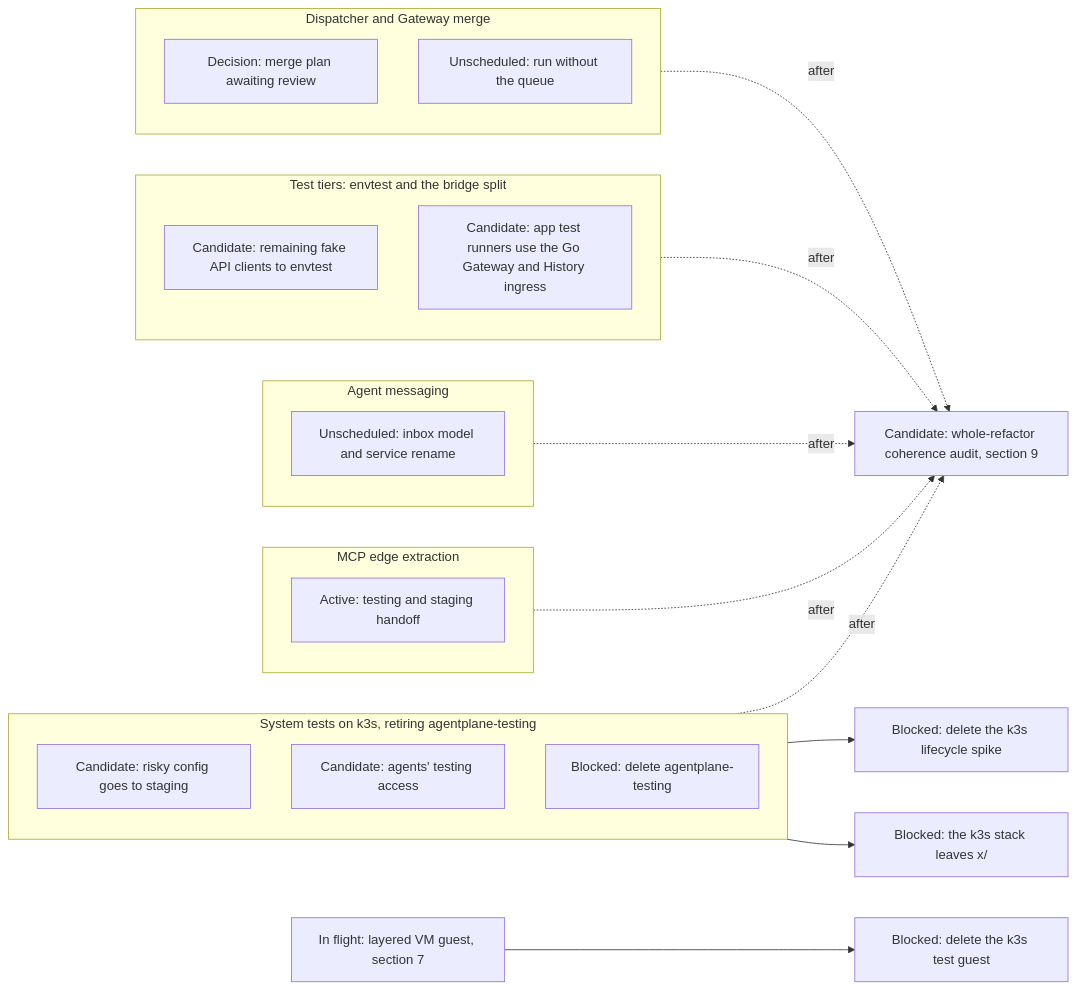
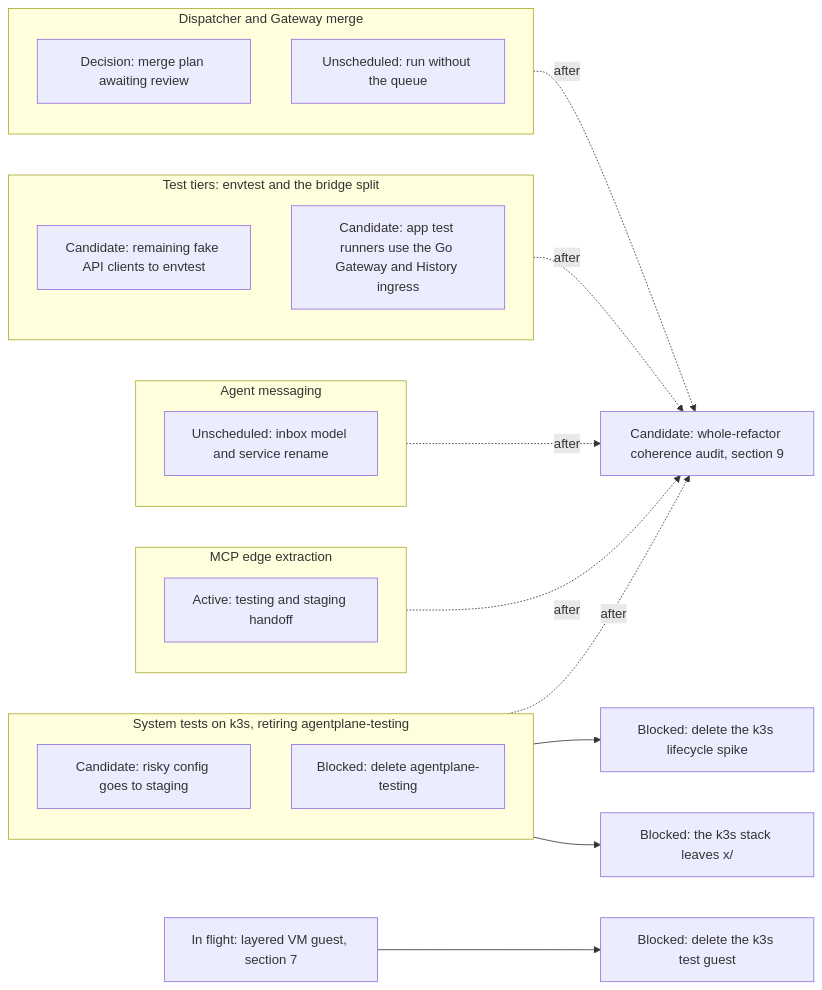
One commit to agentydragon-agent/ducktape changed the first of 19 diagrams in agentplane/plans/task_dag.md. Above: the diagram before and after it, drawn with Mermaid. The commit also changed other lines of this file and 12 other files, not shown here.

First line of the commit message:
agentplane: agents lose their agentplane-testing access

````diff
--- a/agentplane/plans/task_dag.md
+++ b/agentplane/plans/task_dag.md
@@ -29,30 +29,29 @@
 ```mermaid
 flowchart LR
     subgraph ACTION_TRACK[MCP edge extraction]
         ACTION_MCP_EDGE_SPLIT[Active: testing and staging handoff]
     end
     subgraph MESSAGING_TRACK[Agent messaging]
         NOTIFICATION_SERVICE_SPLIT[Unscheduled: inbox model and service rename]
     end
     subgraph K3S_TRACK[System tests on k3s, retiring agentplane-testing]
         STAGING_FIRST_ROLLOUT[Candidate: risky config goes to staging]
-        AGENT_TESTING_ACCESS_RETIRE[Candidate: agents' testing access]
-        TESTING_ENVIRONMENT_RETIRE[Blocked: delete agentplane-testing]
+            TESTING_ENVIRONMENT_RETIRE[Blocked: delete agentplane-testing]
     end
     subgraph TIER_TRACK[Test tiers: envtest and the bridge split]
         FAKE_CLIENTS_TO_ENVTEST[Candidate: remaining fake API clients to envtest]
         APP_TEST_RUNNER_FIXTURES_GO[Candidate: app test runners use the Go Gateway and History ingress]
     end
     subgraph DISPATCH_TRACK[Dispatcher and Gateway merge]
         DISPATCHER_PERSISTENCE_MODEL_DESIGN[Decision: merge plan awaiting review]
         DISPATCHER_QUEUE_OPTIONAL[Unscheduled: run without the queue]
     end
     K3S_TRACK --> K3S_ENV_OUT_OF_X[Blocked: the k3s stack leaves x/]
     K3S_TRACK --> K3S_SPIKE_TARGETS_RETIRE[Blocked: delete the k3s lifecycle spike]
     RUNNER_LAYERING_VM[In flight: layered VM guest, section 7] --> K3S_TEST_GUEST_RETIRE[Blocked: delete the k3s test guest]
     ACTION_TRACK -. after .-> REFACTOR_COHERENCE_AUDIT[Candidate: whole-refactor coherence audit, section 9]
     MESSAGING_TRACK -. after .-> REFACTOR_COHERENCE_AUDIT
     K3S_TRACK -. after .-> REFACTOR_COHERENCE_AUDIT
     TIER_TRACK -. after .-> REFACTOR_COHERENCE_AUDIT
     DISPATCH_TRACK -. after .-> REFACTOR_COHERENCE_AUDIT
 ```
````
